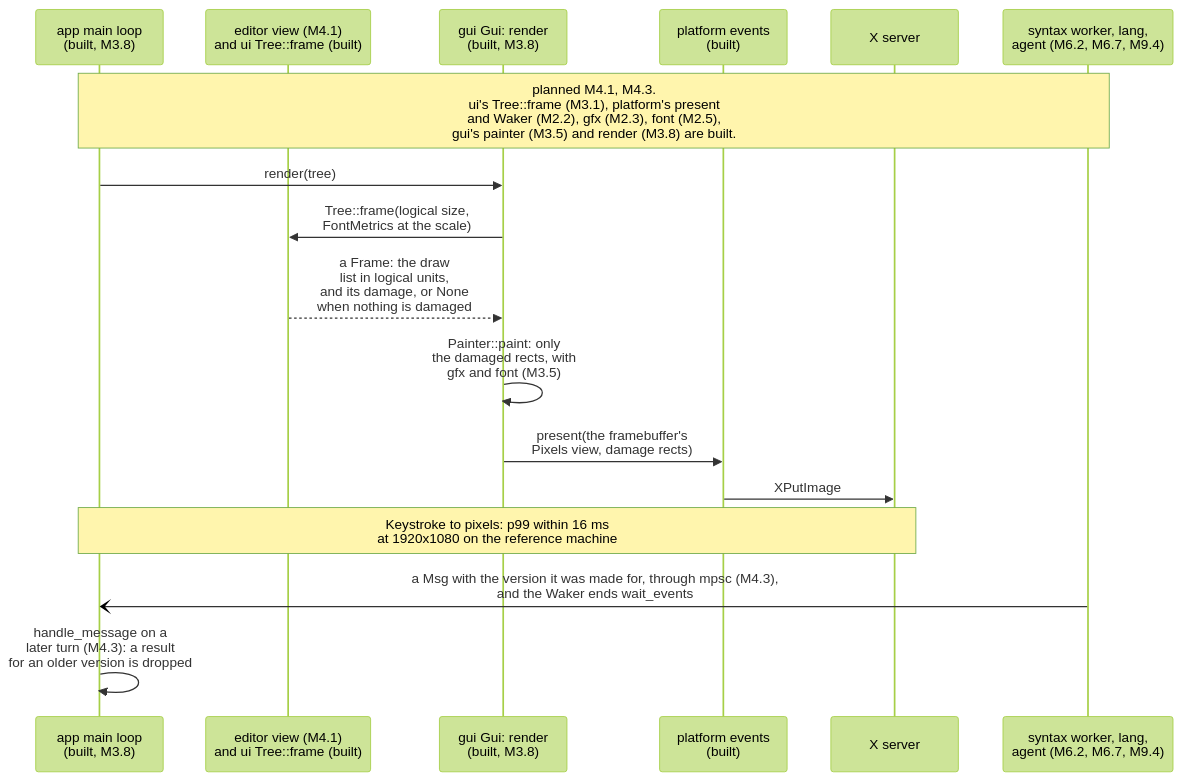
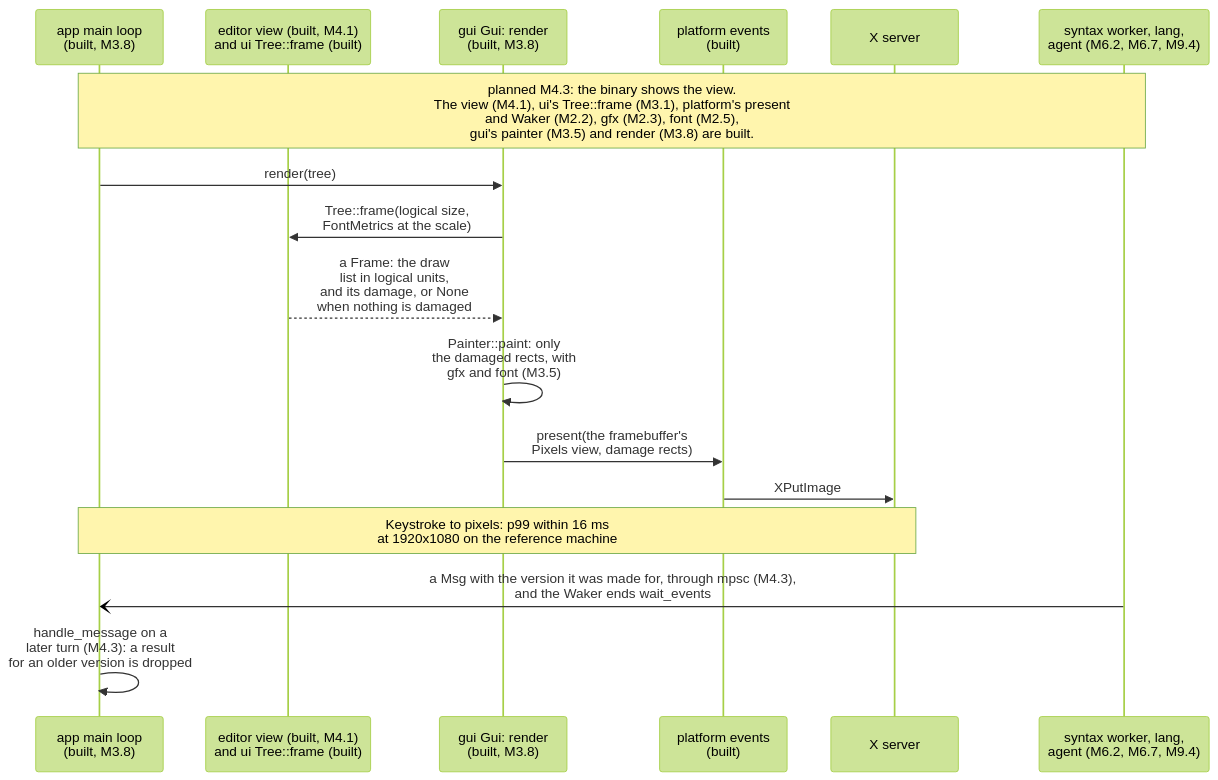
Diagram 14 of 24 in diagrams/sequence-diagrams.md (jabbott-iii/Tidepool), drawn with Mermaid (forest theme) before and after one commit. The commit also changed other lines of this file and 49 other files, not shown here.

````diff
--- a/diagrams/sequence-diagrams.md
+++ b/diagrams/sequence-diagrams.md
@@ -704,20 +705,20 @@
 ```mermaid
 sequenceDiagram
     participant ML as app main loop<br/>(built, M3.8)
-    participant View as editor view (M4.1)<br/>and ui Tree::frame (built)
+    participant View as editor view (built, M4.1)<br/>and ui Tree::frame (built)
     participant Fe as gui Gui: render<br/>(built, M3.8)
     participant Plat as platform events<br/>(built)
     participant Disp as X server
     participant Bg as syntax worker, lang,<br/>agent (M6.2, M6.7, M9.4)
 
-    Note over ML,Bg: planned M4.1, M4.3.<br/>ui's Tree::frame (M3.1), platform's present<br/>and Waker (M2.2), gfx (M2.3), font (M2.5),<br/>gui's painter (M3.5) and render (M3.8) are built.
+    Note over ML,Bg: planned M4.3: the binary shows the view.<br/>The view (M4.1), ui's Tree::frame (M3.1), platform's present<br/>and Waker (M2.2), gfx (M2.3), font (M2.5),<br/>gui's painter (M3.5) and render (M3.8) are built.
     ML->>Fe: render(tree)
     Fe->>View: Tree::frame(logical size,<br/>FontMetrics at the scale)
     View-->>Fe: a Frame: the draw<br/>list in logical units,<br/>and its damage, or None<br/>when nothing is damaged
     Fe->>Fe: Painter::paint: only<br/>the damaged rects, with<br/>gfx and font (M3.5)
     Fe->>Plat: present(the framebuffer's<br/>Pixels view, damage rects)
     Plat->>Disp: XPutImage
     Note over ML,Disp: Keystroke to pixels: p99 within 16 ms<br/>at 1920x1080 on the reference machine
     Bg-)ML: a Msg with the version it was made for, through mpsc (M4.3),<br/>and the Waker ends wait_events
     ML->>ML: handle_message on a<br/>later turn (M4.3): a result<br/>for an older version is dropped
 ```
````
